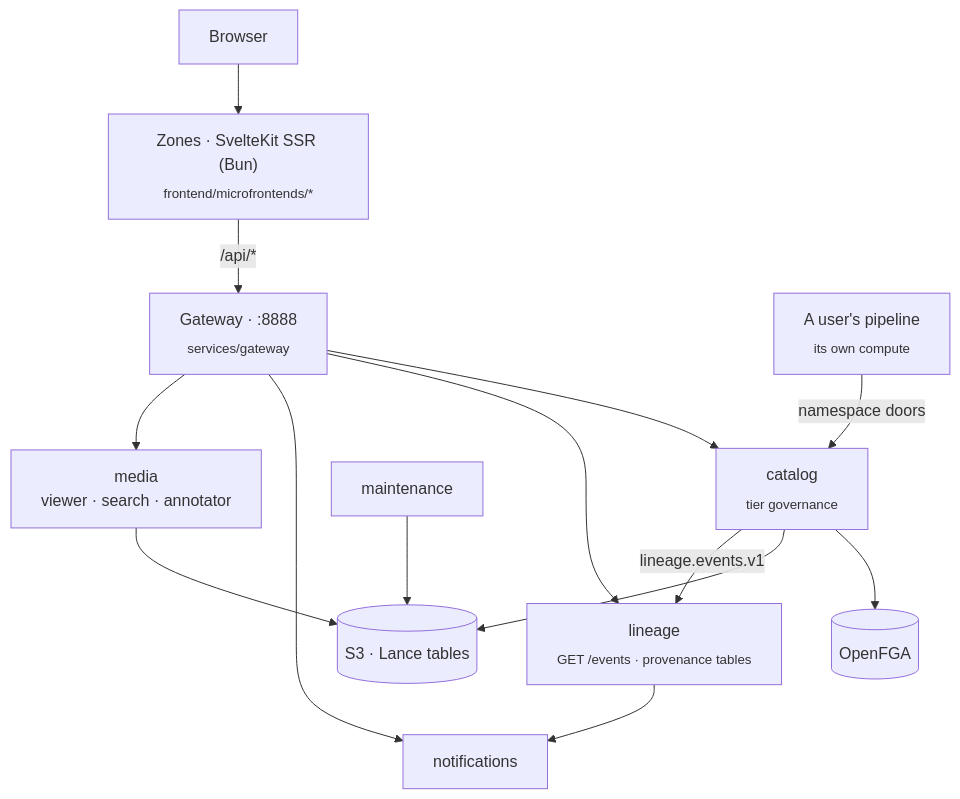
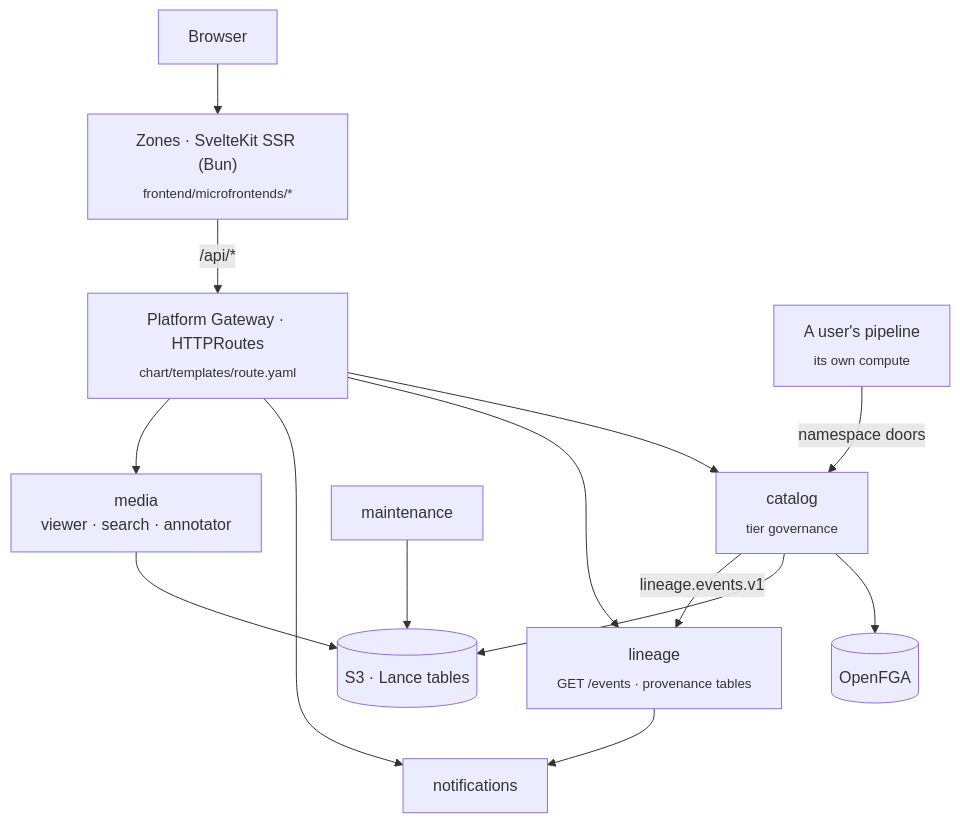
Before and after one commit to AI-Riksarkivet/rask: the diagram in docs/architecture/index.md, drawn with Mermaid. The commit also changed other lines of this file and 203 other files, not shown here.

````diff
--- a/docs/architecture/index.md
+++ b/docs/architecture/index.md
@@ -24,16 +25,16 @@
 ```mermaid
 flowchart TB
     browser["Browser"] --> zones["Zones · SvelteKit SSR (Bun)<br/><sub>frontend/microfrontends/*</sub>"]
-    zones -->|"/api/*"| gw["Gateway · :8888<br/><sub>services/gateway</sub>"]
+    zones -->|"/api/*"| gw["Platform Gateway · HTTPRoutes<br/><sub>chart/templates/route.yaml</sub>"]
     client["A user's pipeline<br/><sub>its own compute</sub>"] -->|"namespace doors"| cat
     gw --> cat["catalog<br/><sub>tier governance</sub>"]
     gw --> lin["lineage<br/><sub>GET /events · provenance tables</sub>"]
     gw --> notif["notifications"]
     gw --> media["media<br/>viewer · search · annotator"]
     cat --> fga[("OpenFGA")]
     cat --> s3[("S3 · Lance tables")]
     cat -->|"lineage.events.v1"| lin
     lin --> notif
     maint["maintenance"] --> s3
     media --> s3
 ```
````
